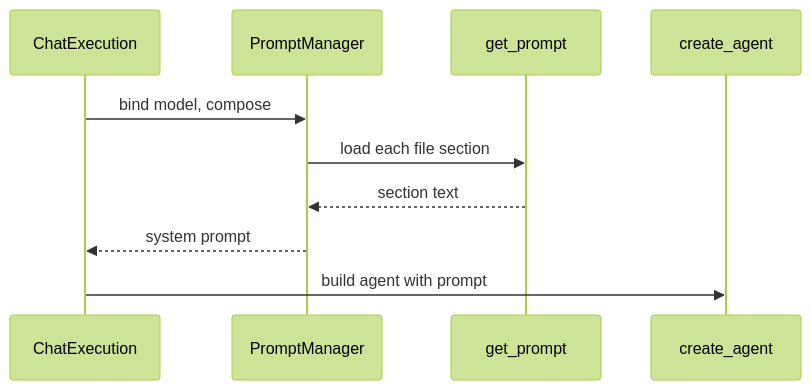
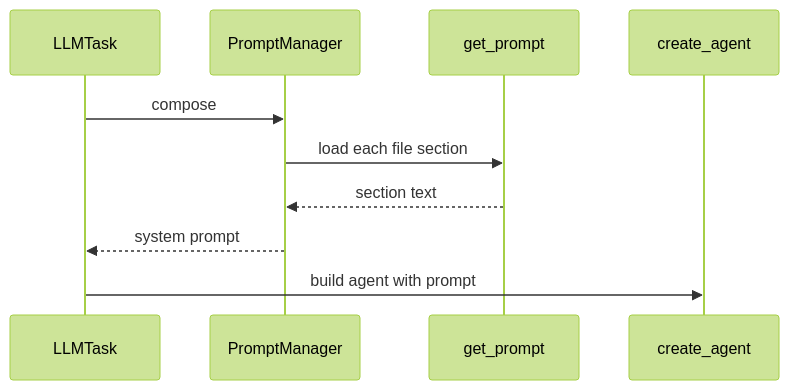
One commit to state-alchemists/zrb changed the second of 2 diagrams in docs/architecture/2-extension-surface/prompts.md. Above: the diagram before and after it, drawn with Mermaid (forest theme). The commit also changed other lines of this file and 270 other files, not shown here.

````diff
--- a/docs/architecture/2-extension-surface/prompts.md
+++ b/docs/architecture/2-extension-surface/prompts.md
@@ -88,12 +88,12 @@
 ```mermaid
 sequenceDiagram
-    participant C as ChatExecution
+    participant T as LLMTask
     participant P as PromptManager
     participant G as get_prompt
     participant A as create_agent
-    C->>P: bind model, compose
+    T->>P: compose
     P->>G: load each file section
     G-->>P: section text
-    P-->>C: system prompt
-    C->>A: build agent with prompt
+    P-->>T: system prompt
+    T->>A: build agent with prompt
 ```
````
